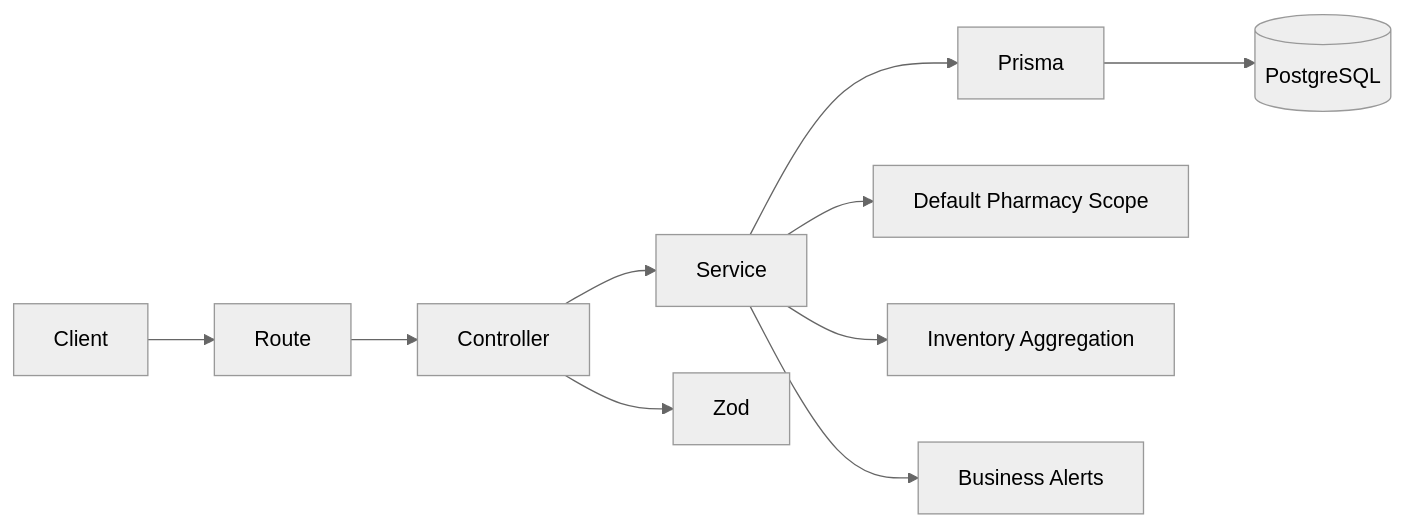
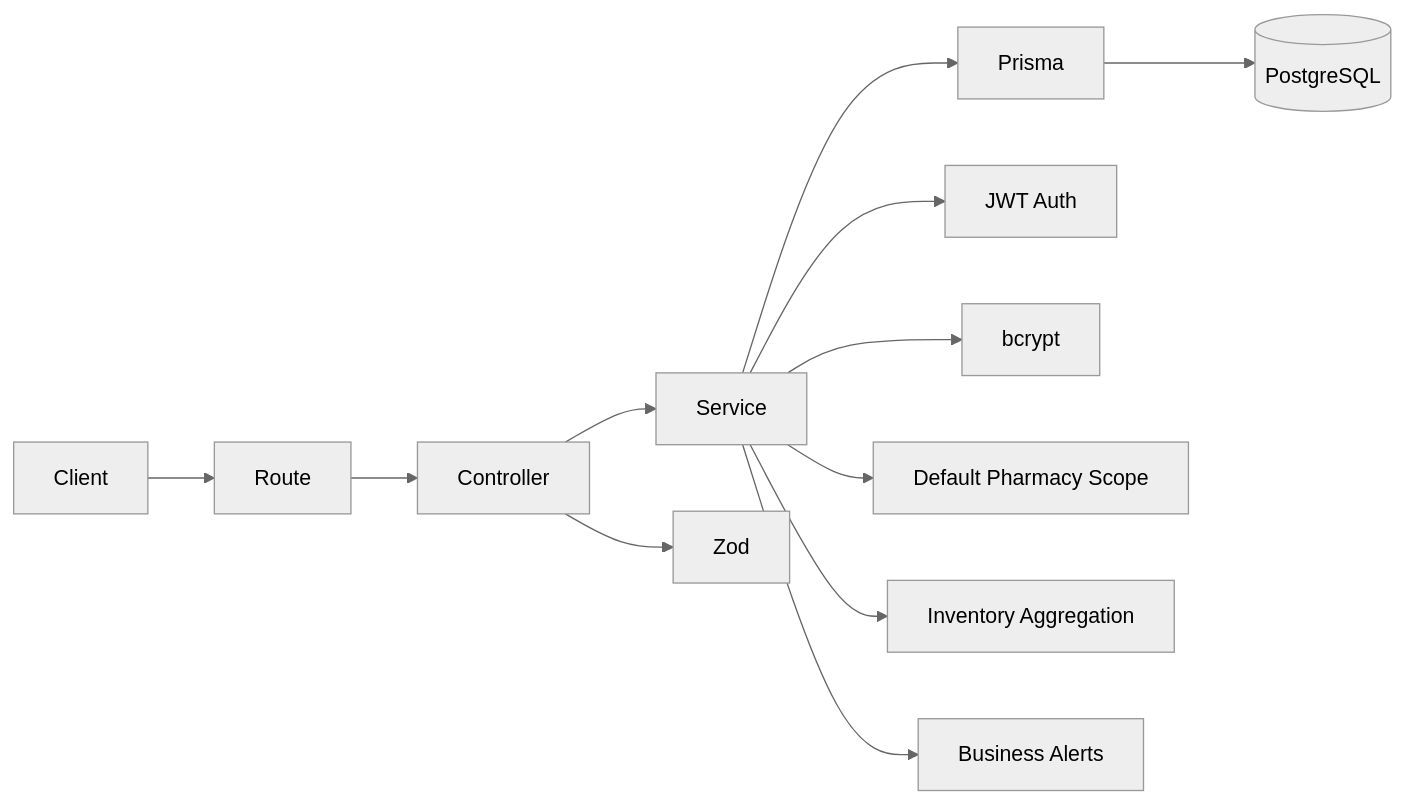
Before and after one commit to zelectrik/Pharma-stock-manager: the diagram in README.md, drawn with Mermaid (neutral theme). The commit also changed other lines of this file and 15 other files, not shown here.

````diff
--- a/README.md
+++ b/README.md
@@ -500,14 +638,16 @@
 ```mermaid
 flowchart LR
 Client --> Route
 Route --> Controller
 Controller --> Service
 Service --> Prisma
 Prisma --> DB[(PostgreSQL)]
 
 Controller --> Validation[Zod]
 
+Service --> Auth[JWT Auth]
+Service --> PasswordHashing[bcrypt]
 Service --> Pharmacy[Default Pharmacy Scope]
 Service --> Inventory[Inventory Aggregation]
 Service --> Alerts[Business Alerts]
 ```
````
